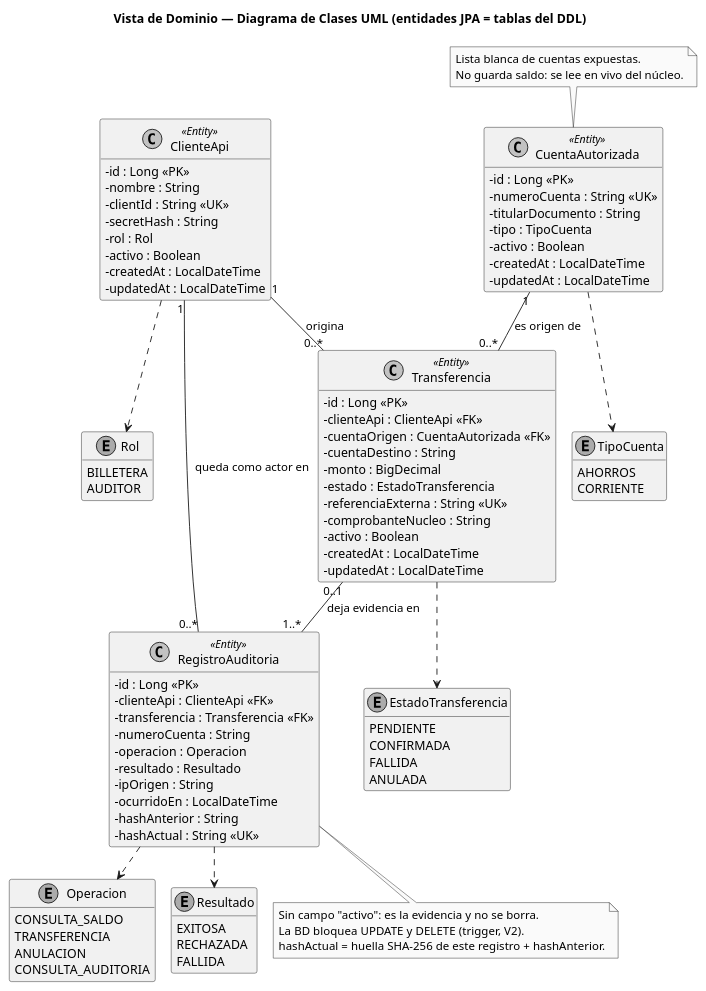
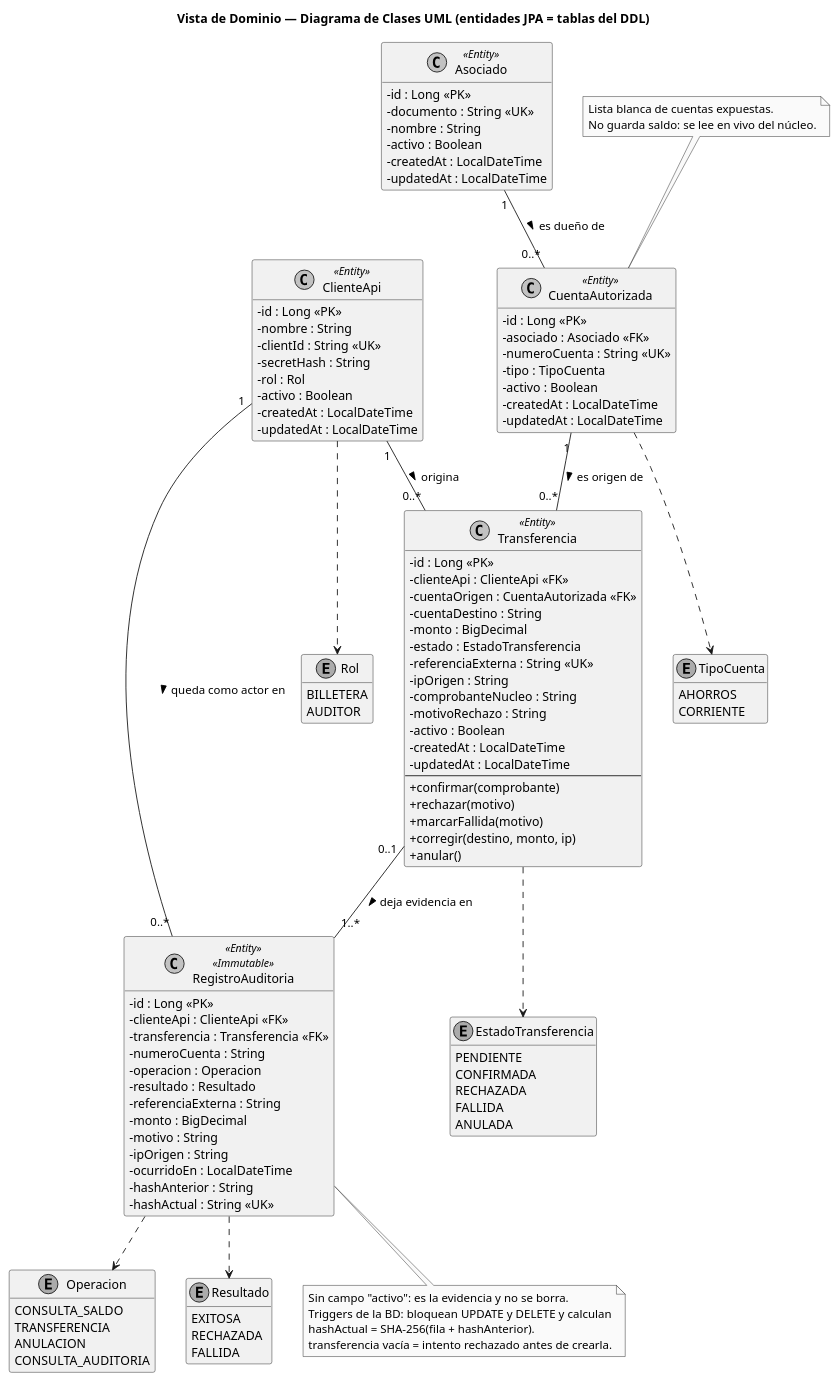
The diagram in docs/diagramas/03-clases.puml (JorgeMario-V/sitra), drawn with PlantUML before and after one commit. The commit also changed 9 other files, not shown here.

```diff
--- a/docs/diagramas/03-clases.puml
+++ b/docs/diagramas/03-clases.puml
@@ -1,105 +1,127 @@
 @startuml
-!pragma layout smetana
 title Vista de Dominio — Diagrama de Clases UML (entidades JPA = tablas del DDL)
 skinparam monochrome true
 skinparam shadowing false
 skinparam defaultFontName Arial
 skinparam classAttributeIconSize 0
 hide empty methods
 
-class ClienteApi <<Entity>> {
+class Asociado <<Entity>> {
   - id : Long <<PK>>
+  - documento : String <<UK>>
   - nombre : String
-  - clientId : String <<UK>>
-  - secretHash : String
-  - rol : Rol
   - activo : Boolean
   - createdAt : LocalDateTime
   - updatedAt : LocalDateTime
 }
 
 class CuentaAutorizada <<Entity>> {
   - id : Long <<PK>>
+  - asociado : Asociado <<FK>>
   - numeroCuenta : String <<UK>>
-  - titularDocumento : String
   - tipo : TipoCuenta
+  - activo : Boolean
+  - createdAt : LocalDateTime
+  - updatedAt : LocalDateTime
+}
+
+class ClienteApi <<Entity>> {
+  - id : Long <<PK>>
+  - nombre : String
+  - clientId : String <<UK>>
+  - secretHash : String
+  - rol : Rol
   - activo : Boolean
   - createdAt : LocalDateTime
   - updatedAt : LocalDateTime
 }
 
 class Transferencia <<Entity>> {
   - id : Long <<PK>>
   - clienteApi : ClienteApi <<FK>>
   - cuentaOrigen : CuentaAutorizada <<FK>>
   - cuentaDestino : String
   - monto : BigDecimal
   - estado : EstadoTransferencia
   - referenciaExterna : String <<UK>>
+  - ipOrigen : String
   - comprobanteNucleo : String
+  - motivoRechazo : String
   - activo : Boolean
   - createdAt : LocalDateTime
   - updatedAt : LocalDateTime
+  --
+  + confirmar(comprobante)
+  + rechazar(motivo)
+  + marcarFallida(motivo)
+  + corregir(destino, monto, ip)
+  + anular()
 }
 
-class RegistroAuditoria <<Entity>> {
+class RegistroAuditoria <<Entity>> <<Immutable>> {
   - id : Long <<PK>>
   - clienteApi : ClienteApi <<FK>>
   - transferencia : Transferencia <<FK>>
   - numeroCuenta : String
   - operacion : Operacion
   - resultado : Resultado
+  - referenciaExterna : String
+  - monto : BigDecimal
+  - motivo : String
   - ipOrigen : String
   - ocurridoEn : LocalDateTime
   - hashAnterior : String
   - hashActual : String <<UK>>
 }
 
 enum Rol {
   BILLETERA
   AUDITOR
 }
 enum TipoCuenta {
   AHORROS
   CORRIENTE
 }
 enum EstadoTransferencia {
   PENDIENTE
   CONFIRMADA
+  RECHAZADA
   FALLIDA
   ANULADA
 }
 enum Operacion {
   CONSULTA_SALDO
   TRANSFERENCIA
   ANULACION
   CONSULTA_AUDITORIA
 }
 enum Resultado {
   EXITOSA
   RECHAZADA
   FALLIDA
 }
 
+Asociado "1" -- "0..*" CuentaAutorizada : es dueño de >
 ClienteApi "1" -- "0..*" Transferencia : origina >
 CuentaAutorizada "1" -- "0..*" Transferencia : es origen de >
 ClienteApi "1" -- "0..*" RegistroAuditoria : queda como actor en >
 Transferencia "0..1" -- "1..*" RegistroAuditoria : deja evidencia en >
 
 ClienteApi ..> Rol
 CuentaAutorizada ..> TipoCuenta
 Transferencia ..> EstadoTransferencia
 RegistroAuditoria ..> Operacion
 RegistroAuditoria ..> Resultado
 
 note bottom of RegistroAuditoria
   Sin campo "activo": es la evidencia y no se borra.
-  La BD bloquea UPDATE y DELETE (trigger, V2).
-  hashActual = huella SHA-256 de este registro + hashAnterior.
+  Triggers de la BD: bloquean UPDATE y DELETE y calculan
+  hashActual = SHA-256(fila + hashAnterior).
+  transferencia vacía = intento rechazado antes de crearla.
 end note
 
 note top of CuentaAutorizada
   Lista blanca de cuentas expuestas.
   No guarda saldo: se lee en vivo del núcleo.
 end note
 @enduml
```
